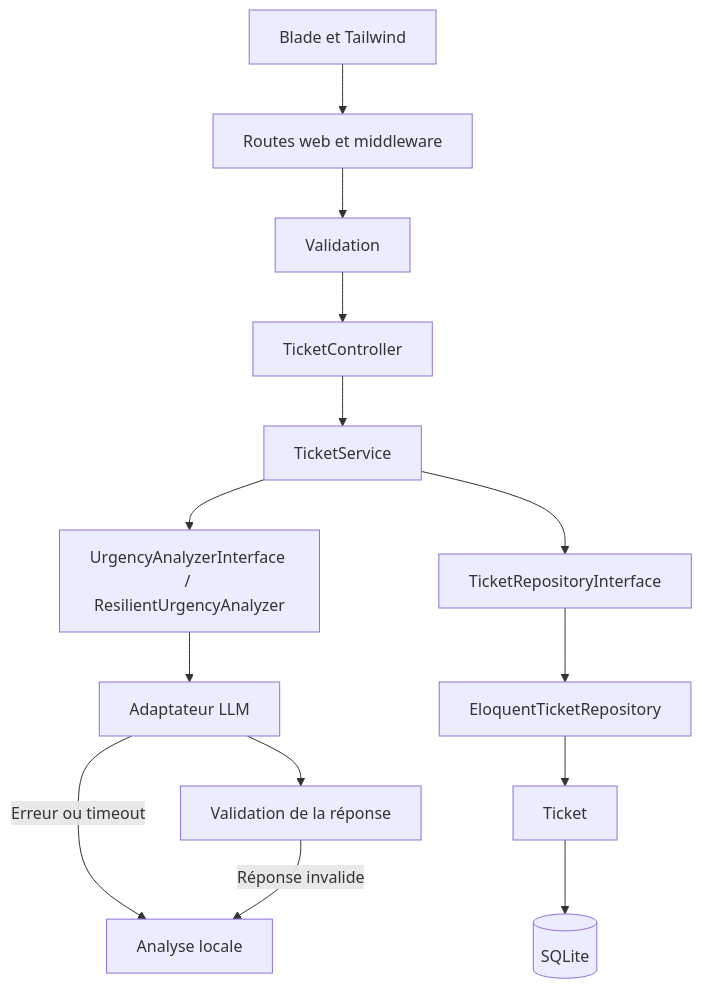
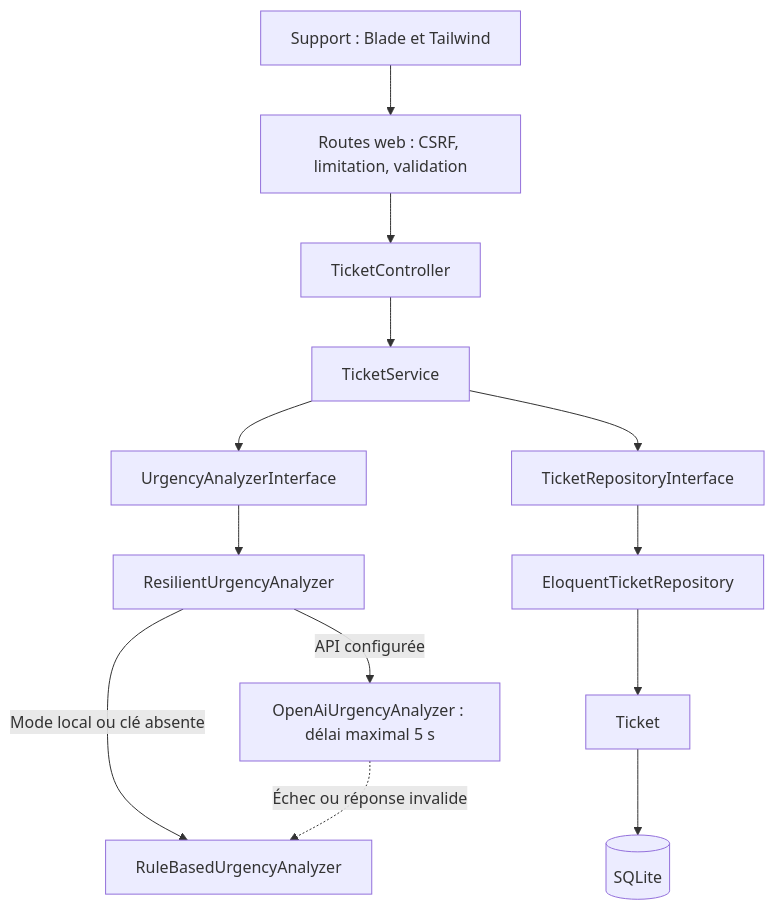
The first of 3 diagrams in docs/architecture-docs.md (Ibrahimkas68/fast_track_support), drawn with Mermaid before and after one commit. The commit also changed other lines of this file and 1 other file, not shown here.

Commit message:
docs: render architecture diagrams natively with Mermaid

````diff
--- a/docs/architecture-docs.md
+++ b/docs/architecture-docs.md
@@ -22,16 +24,15 @@
 ```mermaid
-flowchart TD
-    UI[Blade et Tailwind] --> WEB[Routes web et middleware]
-    WEB --> V[Validation]
-    V --> C[TicketController]
-    C --> S[TicketService]
-    S --> A[UrgencyAnalyzerInterface / ResilientUrgencyAnalyzer]
-    A --> L[Adaptateur LLM]
-    L --> CHECK[Validation de la réponse]
-    L -- Erreur ou timeout --> F[Analyse locale]
-    CHECK -- Réponse invalide --> F
-    S --> I[TicketRepositoryInterface]
-    I --> R[EloquentTicketRepository]
-    R --> M[Ticket]
-    M --> DB[(SQLite)]
+flowchart TB
+    UI["Support : Blade et Tailwind"] --> HTTP["Routes web : CSRF, limitation, validation"]
+    HTTP --> C["TicketController"]
+    C --> S["TicketService"]
+    S --> A["UrgencyAnalyzerInterface"]
+    A --> COMPOSITE["ResilientUrgencyAnalyzer"]
+    COMPOSITE -->|API configurée| EXTERNAL["OpenAiUrgencyAnalyzer : délai maximal 5 s"]
+    COMPOSITE -->|Mode local ou clé absente| LOCAL["RuleBasedUrgencyAnalyzer"]
+    EXTERNAL -. Échec ou réponse invalide .-> LOCAL
+    S --> RI["TicketRepositoryInterface"]
+    RI --> REPO["EloquentTicketRepository"]
+    REPO --> MODEL["Ticket"]
+    MODEL --> DB[("SQLite")]
 ```
````
